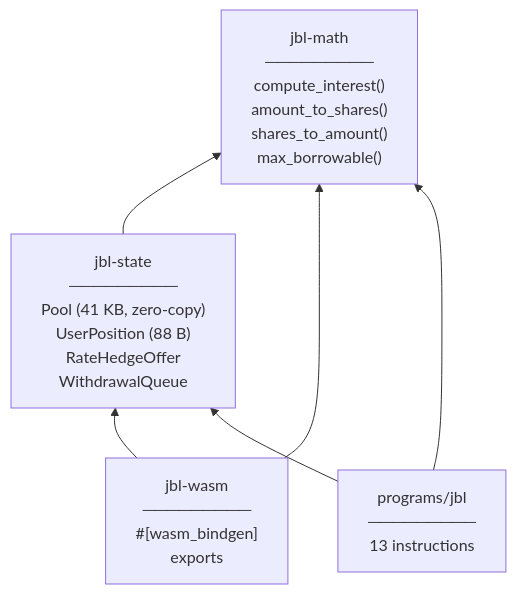
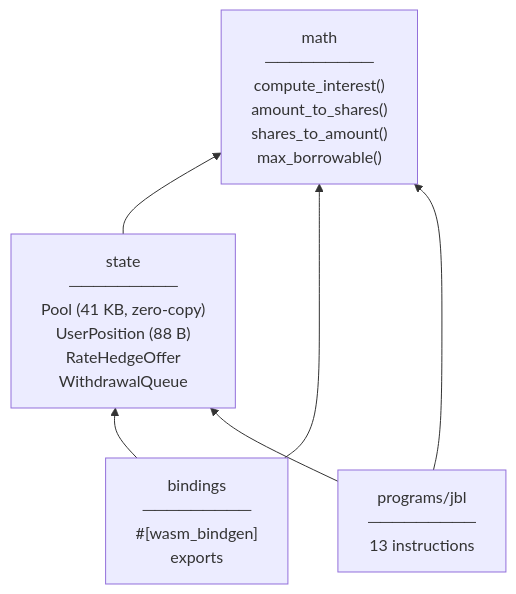
Before and after one commit to calma-labs/calma: the fourth of 7 diagrams in ARCHITECTURE.md, drawn with Mermaid. The commit also changed other lines of this file and 2 other files, not shown here.

````diff
--- a/ARCHITECTURE.md
+++ b/ARCHITECTURE.md
@@ -103,13 +103,13 @@
 ```mermaid
 graph BT
-    MATH["jbl-math\n─────────\ncompute_interest()\namount_to_shares()\nshares_to_amount()\nmax_borrowable()"]
-    STATE["jbl-state\n─────────\nPool (41 KB, zero-copy)\nUserPosition (88 B)\nRateHedgeOffer\nWithdrawalQueue"]
-    WASM["jbl-wasm\n─────────\n#[wasm_bindgen]\nexports"]
+    MATH["math\n─────────\ncompute_interest()\namount_to_shares()\nshares_to_amount()\nmax_borrowable()"]
+    STATE["state\n─────────\nPool (41 KB, zero-copy)\nUserPosition (88 B)\nRateHedgeOffer\nWithdrawalQueue"]
+    WASM["bindings\n─────────\n#[wasm_bindgen]\nexports"]
     PROG["programs/jbl\n─────────\n13 instructions"]
 
     STATE --> MATH
     WASM --> MATH
     WASM --> STATE
     PROG --> MATH
     PROG --> STATE
 ```
````
